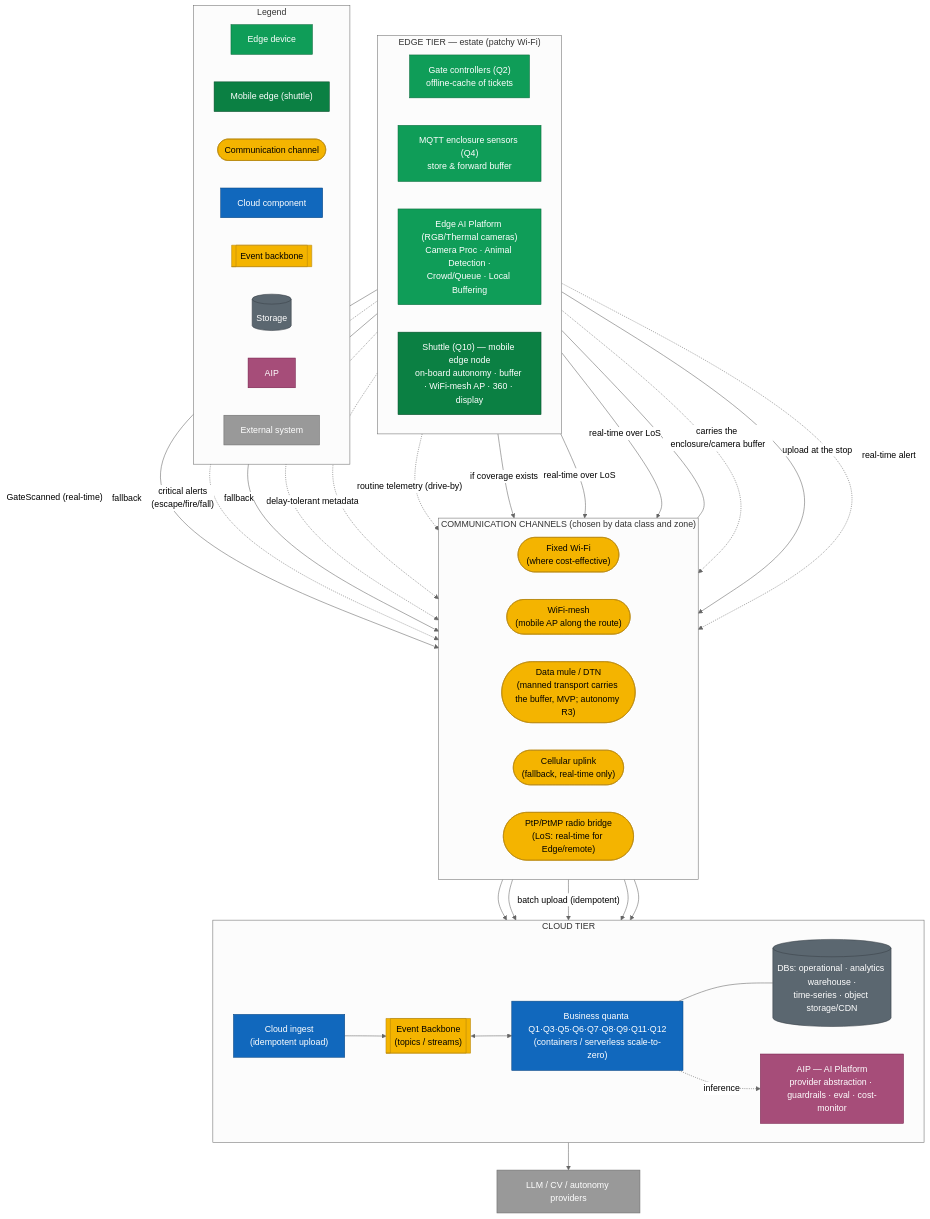
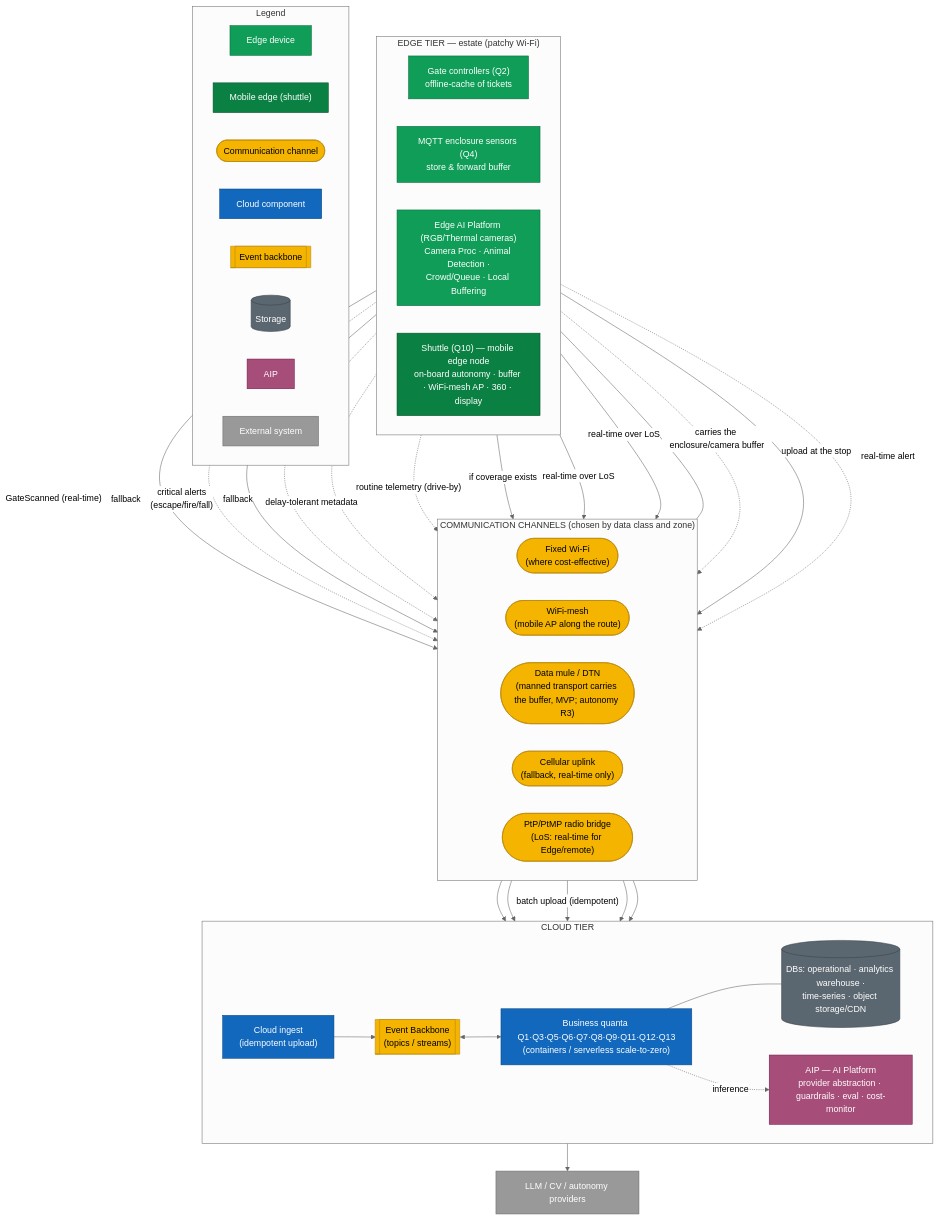
One commit to AGG3000/architecturalkatas2026 changed the diagram in diagrams/deployment.md. Above: the diagram before and after it, drawn with Mermaid (neutral theme). The commit also changed 2 other files, not shown here.

Commit message:
details update

```diff
--- a/diagrams/deployment.md
+++ b/diagrams/deployment.md
@@ -32,7 +32,7 @@
         direction LR
         ingest["Cloud ingest<br/>(idempotent upload)"]:::cloud
         backbone[["Event Backbone<br/>(topics / streams)"]]:::bus
-        quanta["Business quanta Q1·Q3·Q5·Q6·Q7·Q8·Q9·Q11·Q12<br/>(containers / serverless scale-to-zero)"]:::cloud
+        quanta["Business quanta Q1·Q3·Q5·Q6·Q7·Q8·Q9·Q11·Q12·Q13<br/>(containers / serverless scale-to-zero)"]:::cloud
         stores[("DBs: operational · analytics warehouse ·<br/>time-series · object storage/CDN")]:::db
         aip["AIP — AI Platform<br/>provider abstraction · guardrails · eval · cost-monitor"]:::aip
     end
```
